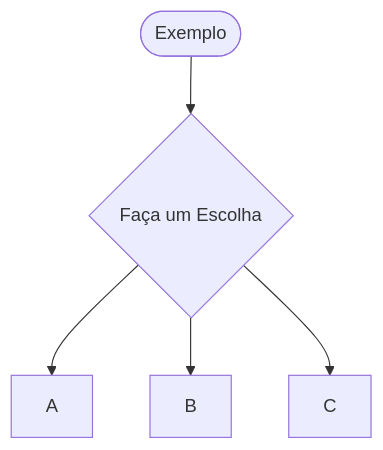
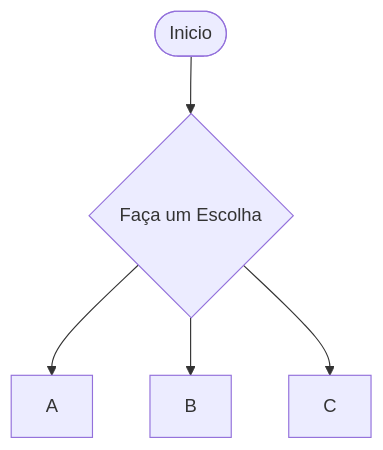
The diagram in README.md (ramtrigodev/grafico_g), drawn with Mermaid before and after one commit.

````diff
--- a/README.md
+++ b/README.md
@@ -1,9 +1,9 @@
 ```mermaid
 
 flowchart TD
-    A(["Exemplo"])
+    A(["Inicio"])
     A --> B{"Faça um Escolha"}
     B --> C["A"]
     B --> E["B"]
     B --> D["C"]
 ```
````
